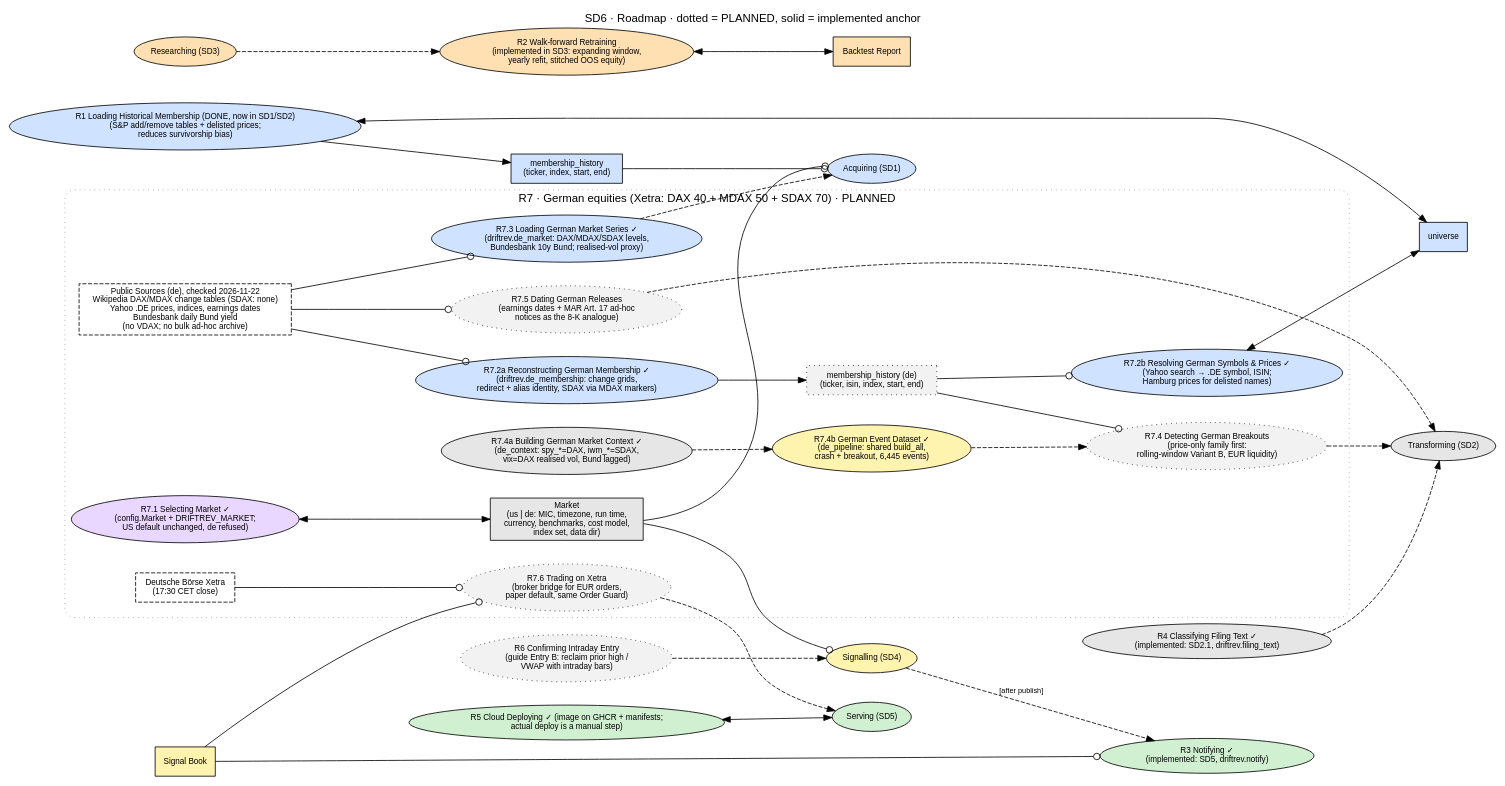
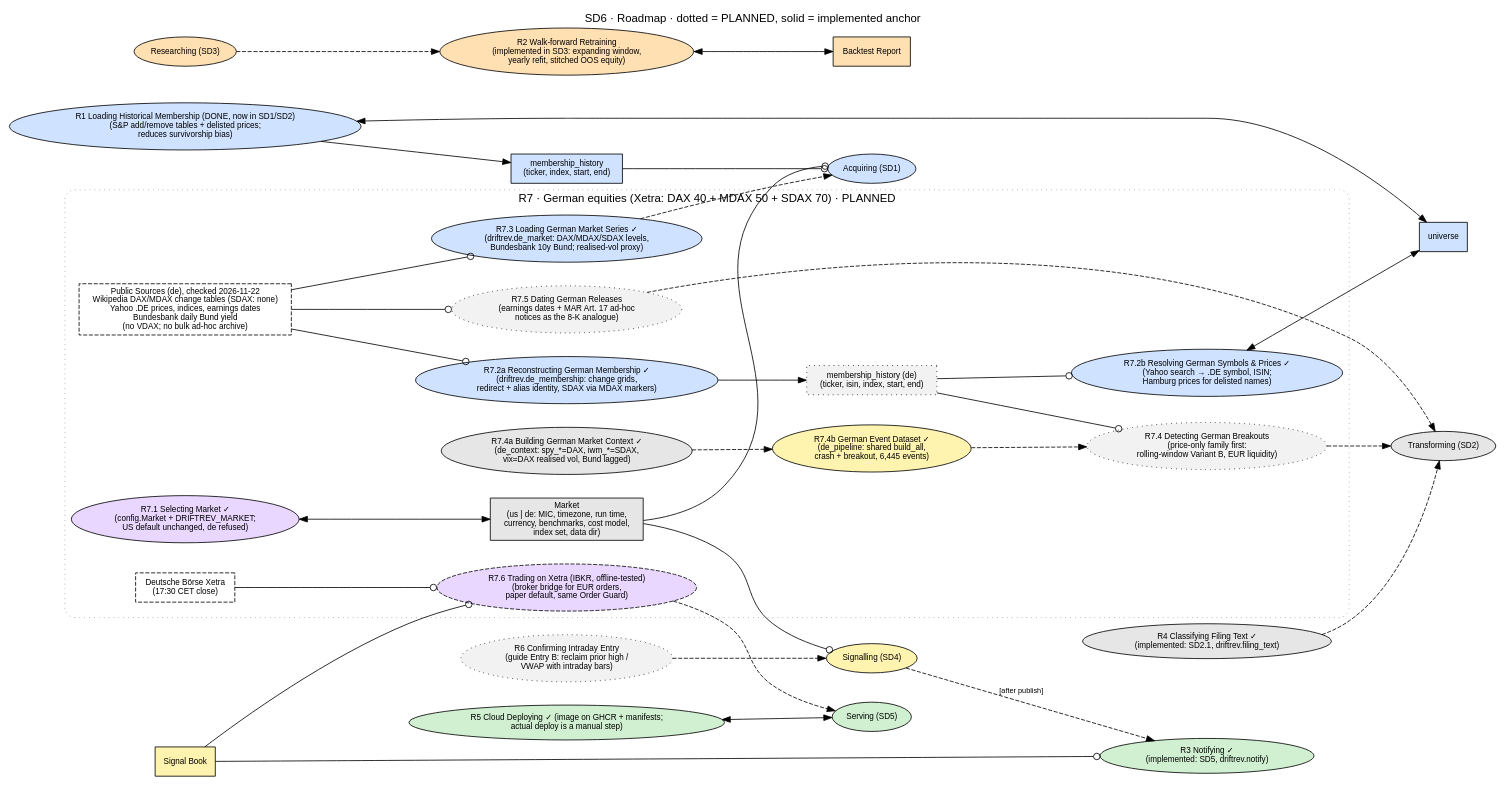
The diagram in project/docs/architecture/opm/SD6_roadmap.dot (witold-andelie/stock_analysis_wentao), drawn with Graphviz before and after one commit. The commit also changed 8 other files, not shown here.

First line of the commit message:
R7.6 Interactive Brokers bridge for Xetra orders (paper, offline-tested)

```diff
--- a/project/docs/architecture/opm/SD6_roadmap.dot
+++ b/project/docs/architecture/opm/SD6_roadmap.dot
@@ -1,61 +1,61 @@
 // SD6 · Roadmap: PLANNED processes (dotted) and where they attach to the implemented model.
 // Rule: a planned thing becomes solid only when its code, test and OPL sentence land together.
 digraph SD6 {
   graph [rankdir=LR, fontname="Helvetica", fontsize=14, labelloc=t, nodesep=0.4, ranksep=0.8,
          label="SD6 · Roadmap · dotted = PLANNED, solid = implemented anchor"];
   node  [fontname="Helvetica", fontsize=10, style=filled, fillcolor="#e6e6e6"];
   edge  [fontname="Helvetica", fontsize=9];
 
   // implemented anchors
   acquiring    [shape=ellipse, fillcolor="#cfe2ff", label="Acquiring (SD1)"];
   transforming [shape=ellipse, label="Transforming (SD2)"];
   researching  [shape=ellipse, fillcolor="#ffe0b3", label="Researching (SD3)"];
   signalling   [shape=ellipse, fillcolor="#fff3b0", label="Signalling (SD4)"];
   serving      [shape=ellipse, fillcolor="#d1f0d1", label="Serving (SD5)"];
   universe     [shape=box, fillcolor="#cfe2ff", label="universe"];
   report       [shape=box, fillcolor="#ffe0b3", label="Backtest Report"];
   book         [shape=box, fillcolor="#fff3b0", label="Signal Book"];
 
   // planned things
   r1 [shape=ellipse, fillcolor="#cfe2ff", label="R1 Loading Historical Membership (DONE, now in SD1/SD2)\n(S&P add/remove tables + delisted prices;\nreduces survivorship bias)"];
   r1o [shape=box, fillcolor="#cfe2ff", label="membership_history\n(ticker, index, start, end)"];
   r2 [shape=ellipse, style="filled", fillcolor="#ffe0b3", label="R2 Walk-forward Retraining\n(implemented in SD3: expanding window,\nyearly refit, stitched OOS equity)"];
   r3 [shape=ellipse, fillcolor="#d1f0d1", label="R3 Notifying ✓\n(implemented: SD5, driftrev.notify)"];
   r4 [shape=ellipse, fillcolor="#e6e6e6", label="R4 Classifying Filing Text ✓\n(implemented: SD2.1, driftrev.filing_text)"];
   r5 [shape=ellipse, fillcolor="#d1f0d1", label="R5 Cloud Deploying ✓ (image on GHCR + manifests;\nactual deploy is a manual step)"];
   r6 [shape=ellipse, style="filled,dotted", fillcolor="#f2f2f2", label="R6 Confirming Intraday Entry\n(guide Entry B: reclaim prior high /\nVWAP with intraday bars)"];
 
   r1 -> r1o; r1o -> acquiring [arrowhead=odot]; r1 -> universe [dir=both];
   researching -> r2 [style=dashed]; r2 -> report [dir=both];
   signalling -> r3 [style=dashed, label="[after publish]"]; book -> r3 [arrowhead=odot];
   r4 -> transforming [style=dashed];
   r5 -> serving [dir=both];
   r6 -> signalling [style=dashed];
 
   // R7 · German equities on Deutsche Börse Xetra (DAX + MDAX + SDAX). Order of delivery: R7.1 → R7.6.
   subgraph cluster_r7 {
     label="R7 · German equities (Xetra: DAX 40 + MDAX 50 + SDAX 70) · PLANNED"; style="rounded,dotted"; color="#999999";
     node [style="filled,dotted", fillcolor="#f2f2f2"];
     market   [shape=box, style=filled, fillcolor="#e6e6e6", label="Market\n(us | de: MIC, timezone, run time,\ncurrency, benchmarks, cost model,\nindex set, data dir)"];
     r71 [shape=ellipse, style=filled, fillcolor="#ead7ff", label="R7.1 Selecting Market ✓\n(config.Market + DRIFTREV_MARKET;\nUS default unchanged, de refused)"];
     r72 [shape=ellipse, style=filled, fillcolor="#cfe2ff", label="R7.2a Reconstructing German Membership ✓\n(driftrev.de_membership: change grids,\nredirect + alias identity, SDAX via MDAX markers)"];
     r72b [shape=ellipse, style=filled, fillcolor="#cfe2ff", label="R7.2b Resolving German Symbols & Prices ✓\n(Yahoo search → .DE symbol, ISIN;\nHamburg prices for delisted names)"];
     r72o [shape=box, label="membership_history (de)\n(ticker, isin, index, start, end)"];
     r73 [shape=ellipse, style=filled, fillcolor="#cfe2ff", label="R7.3 Loading German Market Series ✓\n(driftrev.de_market: DAX/MDAX/SDAX levels,\nBundesbank 10y Bund; realised-vol proxy)"];
     r74b [shape=ellipse, style=filled, fillcolor="#fff3b0", label="R7.4b German Event Dataset ✓\n(de_pipeline: shared build_all,\ncrash + breakout, 6,445 events)"];
     r74a [shape=ellipse, style=filled, fillcolor="#e6e6e6", label="R7.4a Building German Market Context ✓\n(de_context: spy_*=DAX, iwm_*=SDAX,\nvix=DAX realised vol, Bund lagged)"];
     r74 [shape=ellipse, label="R7.4 Detecting German Breakouts\n(price-only family first:\nrolling-window Variant B, EUR liquidity)"];
     r75 [shape=ellipse, label="R7.5 Dating German Releases\n(earnings dates + MAR Art. 17 ad-hoc\nnotices as the 8-K analogue)"];
-    r76 [shape=ellipse, label="R7.6 Trading on Xetra\n(broker bridge for EUR orders,\npaper default, same Order Guard)"];
+    r76 [shape=ellipse, style="filled,dashed", fillcolor="#ead7ff", label="R7.6 Trading on Xetra (IBKR, offline-tested)\n(broker bridge for EUR orders,\npaper default, same Order Guard)"];
     xetra [shape=box, style="filled,dashed", fillcolor="#ffffff", label="Deutsche Börse Xetra\n(17:30 CET close)"];
     srcs  [shape=box, style="filled,dashed", fillcolor="#ffffff", label="Public Sources (de), checked 2026-11-22\nWikipedia DAX/MDAX change tables (SDAX: none)\nYahoo .DE prices, indices, earnings dates\nBundesbank daily Bund yield\n(no VDAX; no bulk ad-hoc archive)"];
   }
 
   r71 -> market [dir=both];
   market -> acquiring [arrowhead=odot]; market -> signalling [arrowhead=odot];
   srcs -> r72 [arrowhead=odot]; r72 -> r72o; r72o -> r72b [arrowhead=odot]; r72b -> universe [dir=both];
   srcs -> r73 [arrowhead=odot]; r73 -> acquiring [style=dashed];
   r72o -> r74 [arrowhead=odot]; r74 -> transforming [style=dashed]; r74a -> r74b [style=dashed]; r74b -> r74 [style=dashed];
   srcs -> r75 [arrowhead=odot]; r75 -> transforming [style=dashed];
   book -> r76 [arrowhead=odot]; xetra -> r76 [arrowhead=odot]; r76 -> serving [style=dashed];
 }
```
